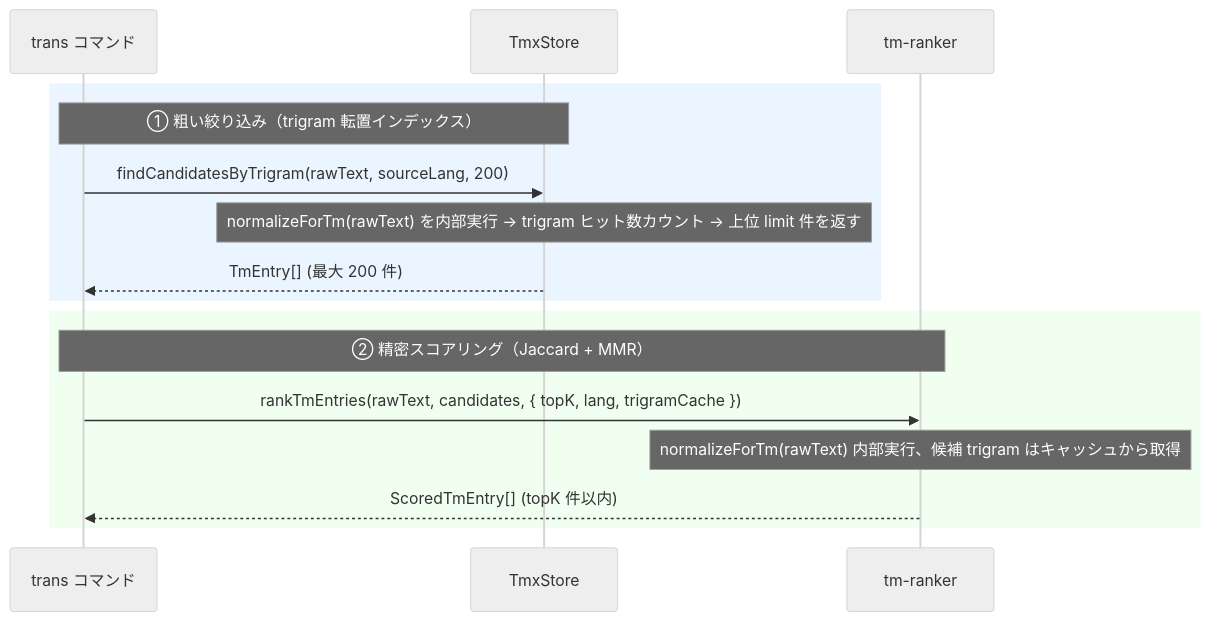
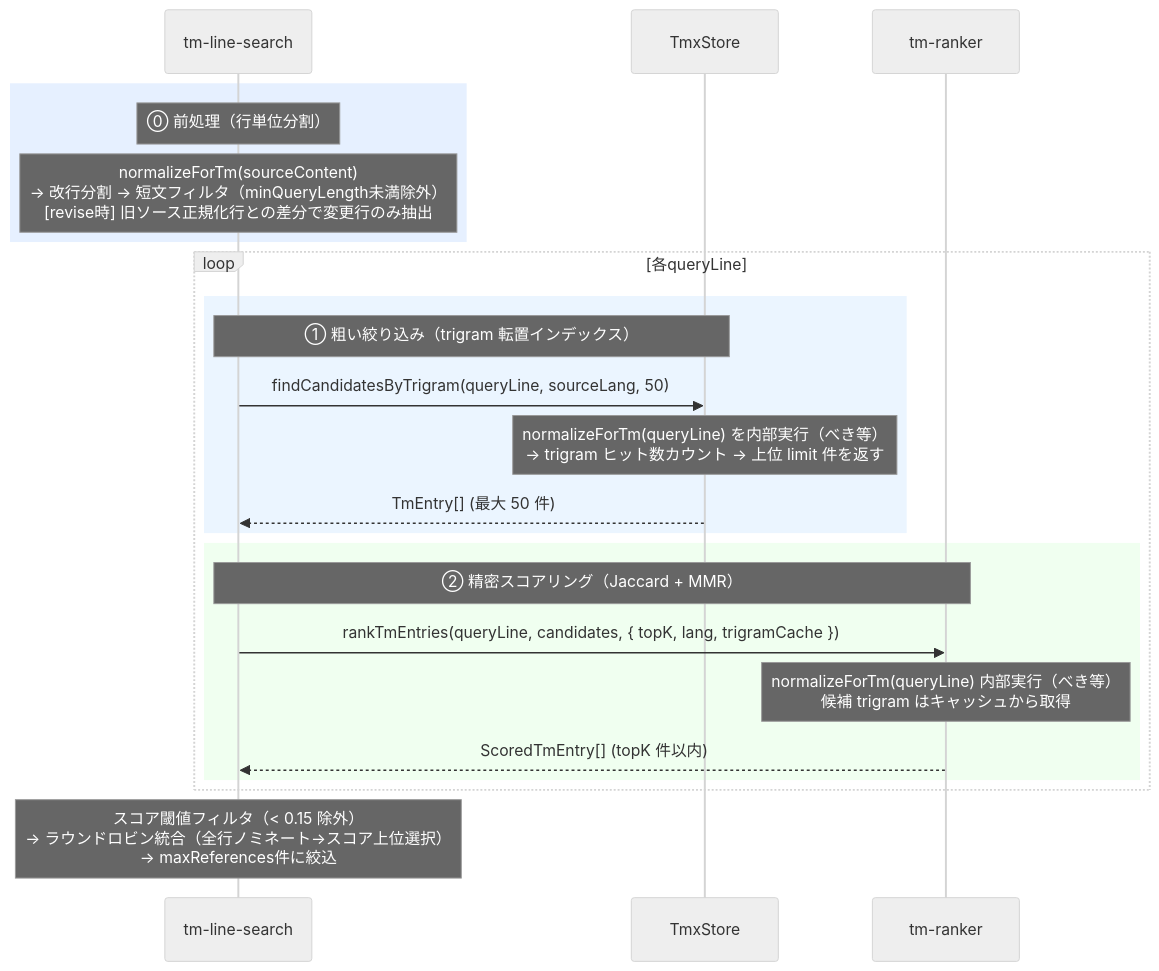
Before and after one commit to mochimochiki/mdait: the first of 2 diagrams in docs/design/tm_theory.md, drawn with Mermaid (neutral theme). The commit also changed other lines of this file and 11 other files, not shown here.

````diff
--- a/docs/design/tm_theory.md
+++ b/docs/design/tm_theory.md
@@ -91,20 +91,29 @@
 ```mermaid
 sequenceDiagram
-    participant Trans as trans コマンド
+    participant Search as tm-line-search
     participant Store as TmxStore
     participant Ranker as tm-ranker
 
-    rect rgb(235,245,255)
-        Note over Trans,Store: ① 粗い絞り込み（trigram 転置インデックス）
-        Trans->>Store: findCandidatesByTrigram(rawText, sourceLang, 200)
-        Note over Store: normalizeForTm(rawText) を内部実行 → trigram ヒット数カウント → 上位 limit 件を返す
-        Store-->>Trans: TmEntry[] (最大 200 件)
+    rect rgb(230,240,255)
+        Note over Search: ⓪ 前処理（行単位分割）
+        Note over Search: normalizeForTm(sourceContent)<br/>→ 改行分割 → 短文フィルタ（minQueryLength未満除外）<br/>[revise時] 旧ソース正規化行との差分で変更行のみ抽出
     end
 
-    rect rgb(240,255,240)
-        Note over Trans,Ranker: ② 精密スコアリング（Jaccard + MMR）
-        Trans->>Ranker: rankTmEntries(rawText, candidates, { topK, lang, trigramCache })
-        Note over Ranker: normalizeForTm(rawText) 内部実行、候補 trigram はキャッシュから取得
-        Ranker-->>Trans: ScoredTmEntry[] (topK 件以内)
+    loop 各queryLine
+        rect rgb(235,245,255)
+            Note over Search,Store: ① 粗い絞り込み（trigram 転置インデックス）
+            Search->>Store: findCandidatesByTrigram(queryLine, sourceLang, 50)
+            Note over Store: normalizeForTm(queryLine) を内部実行（べき等）<br/>→ trigram ヒット数カウント → 上位 limit 件を返す
+            Store-->>Search: TmEntry[] (最大 50 件)
+        end
+
+        rect rgb(240,255,240)
+            Note over Search,Ranker: ② 精密スコアリング（Jaccard + MMR）
+            Search->>Ranker: rankTmEntries(queryLine, candidates, { topK, lang, trigramCache })
+            Note over Ranker: normalizeForTm(queryLine) 内部実行（べき等）<br/>候補 trigram はキャッシュから取得
+            Ranker-->>Search: ScoredTmEntry[] (topK 件以内)
+        end
     end
+
+    Note over Search: スコア閾値フィルタ（< 0.15 除外）<br/>→ ラウンドロビン統合（全行ノミネート→スコア上位選択）<br/>→ maxReferences件に絞込
 ```
````
